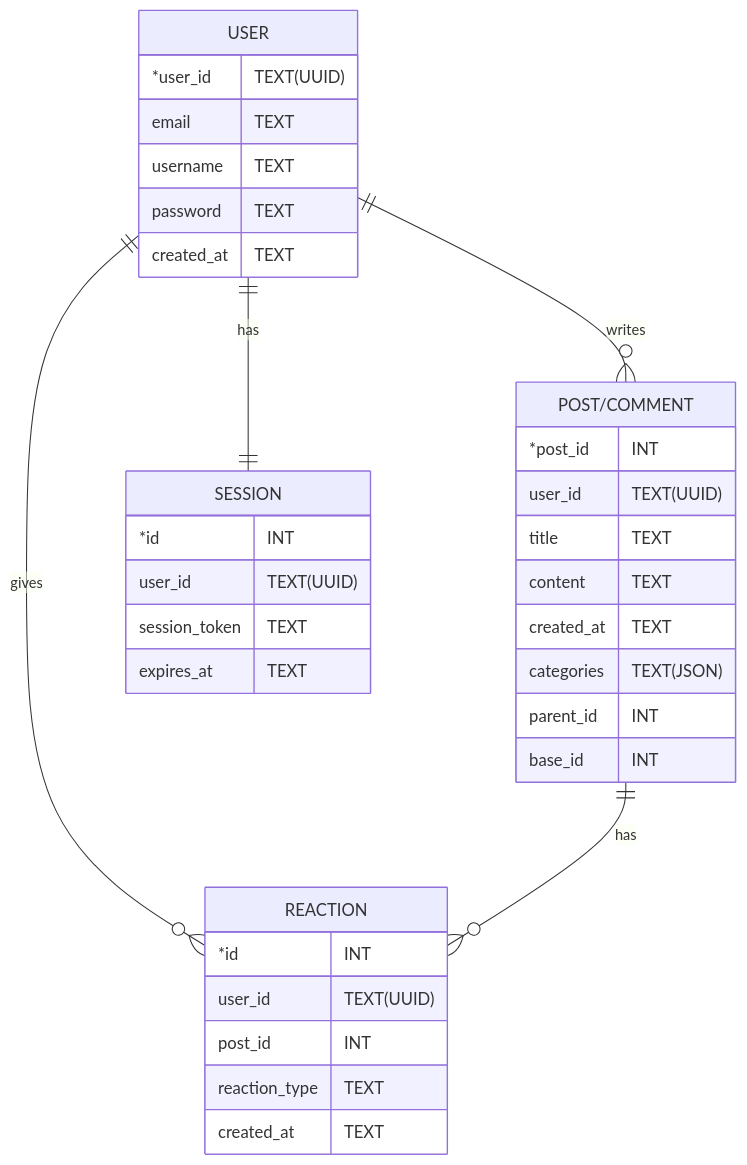
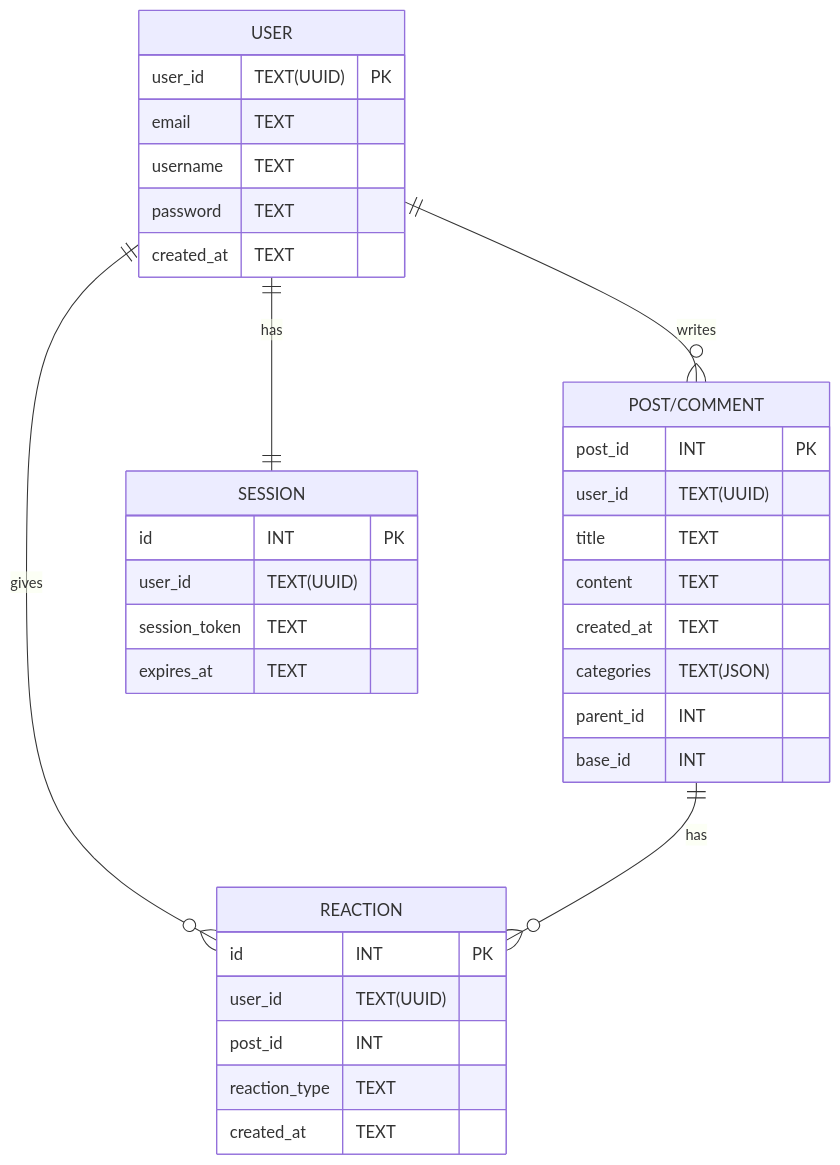
The diagram in README.md (olegamobile/forum), drawn with Mermaid before and after one commit.

````diff
--- a/README.md
+++ b/README.md
@@ -31,38 +31,38 @@
 ```mermaid
 erDiagram
    USER {
-        *user_id TEXT(UUID)
+        user_id TEXT(UUID) PK
         email TEXT
         username TEXT
         password TEXT
         created_at TEXT
     }
     P["POST/COMMENT"] {
-        *post_id INT
+        post_id INT PK
         user_id TEXT(UUID)
         title TEXT
         content TEXT
         created_at TEXT
         categories TEXT(JSON)
         parent_id INT
         base_id INT
     }
     R[REACTION] {
-        *id INT
+        id INT PK
         user_id TEXT(UUID)
         post_id INT
         reaction_type TEXT
         created_at TEXT
     }
     S[SESSION] {
-        *id INT
+        id INT PK
         user_id TEXT(UUID)
         session_token TEXT
         expires_at TEXT
     }
 
     USER ||--|| S : has
     USER ||--o{ P : writes
     USER ||--o{ R : gives
     P ||--o{ R : has
 ```
````
